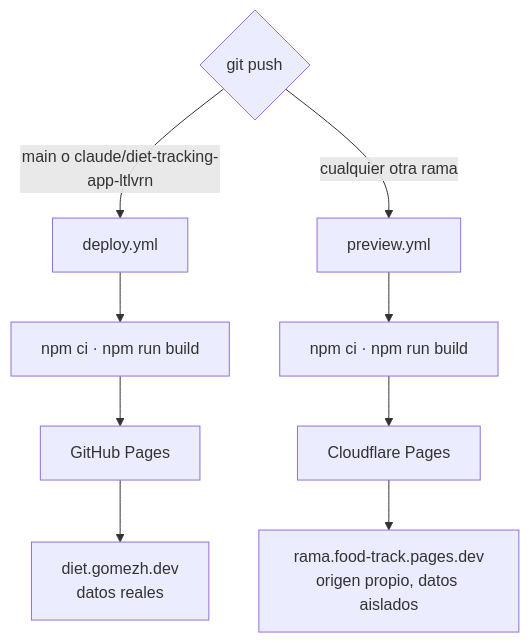
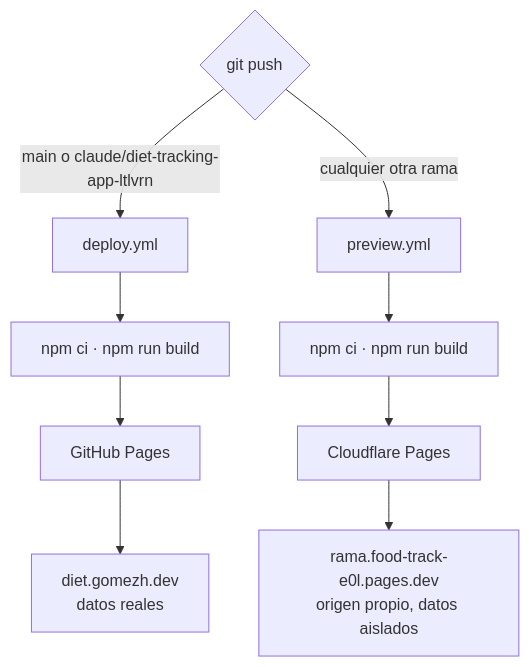
Before and after one commit to gomezhyuuga/food-track: the seventh of 7 diagrams in docs/arquitectura.md, drawn with Mermaid. The commit also changed 5 other files, not shown here.

````diff
--- a/docs/arquitectura.md
+++ b/docs/arquitectura.md
@@ -247,14 +247,14 @@
 ```mermaid
 flowchart TD
     push{"git push"}
     push -->|"main o claude/diet-tracking-app-ltlvrn"| gha["deploy.yml"]
     push -->|"cualquier otra rama"| pv["preview.yml"]
 
     gha --> b1["npm ci · npm run build"]
     b1 --> pages["GitHub Pages"]
     pages --> live["diet.gomezh.dev<br/>datos reales"]
 
     pv --> b2["npm ci · npm run build"]
     b2 --> cf["Cloudflare Pages"]
-    cf --> prev["rama.food-track.pages.dev<br/>origen propio, datos aislados"]
+    cf --> prev["rama.food-track-e0l.pages.dev<br/>origen propio, datos aislados"]
 ```
````
